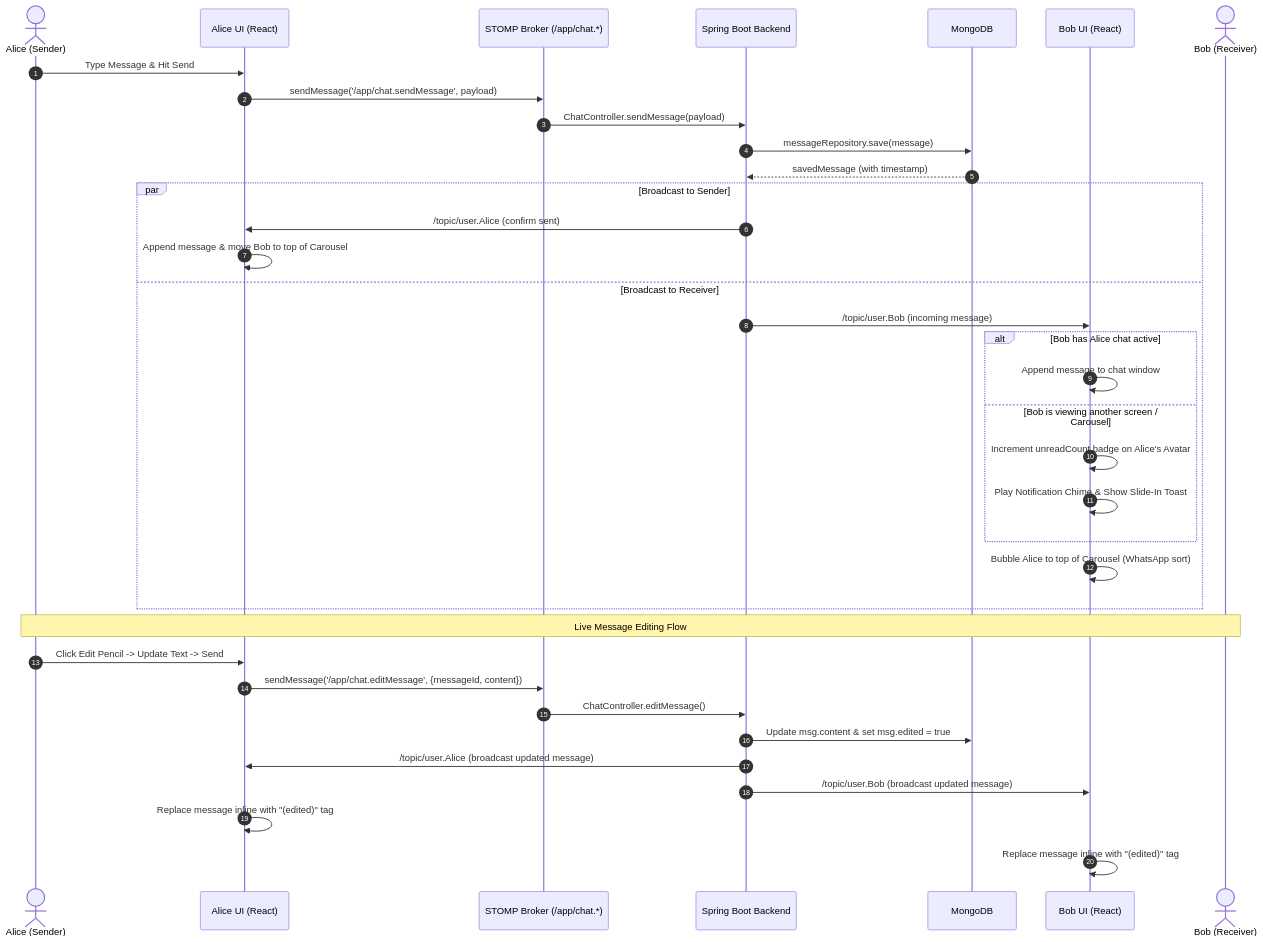
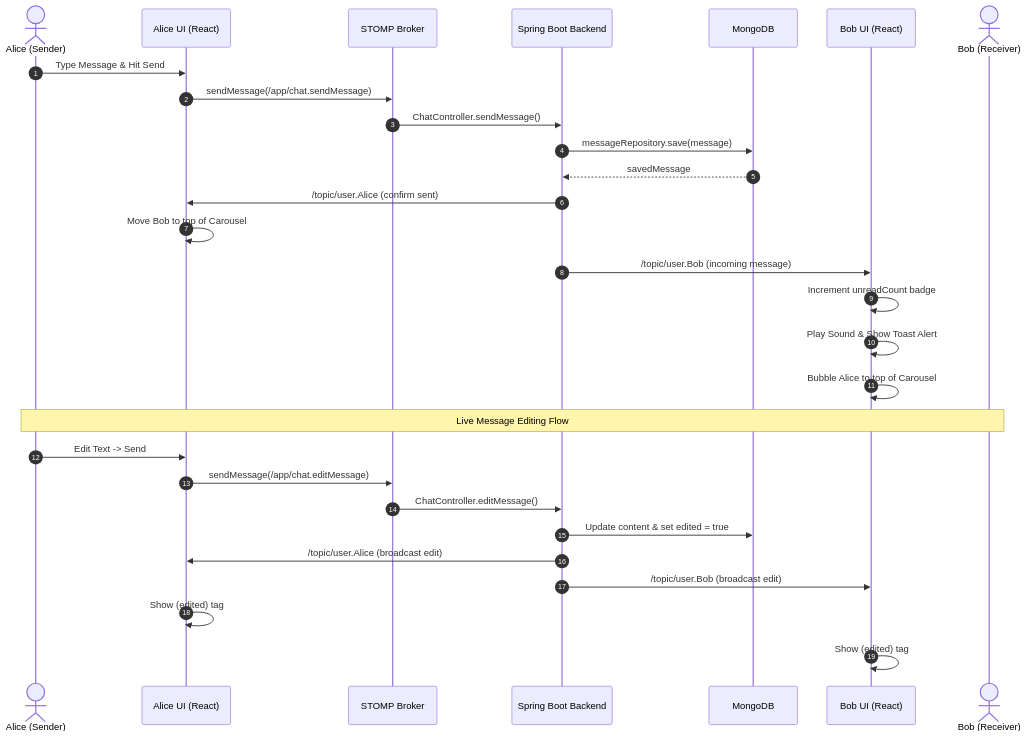
One commit to raviattrash-pro/nexus-chat changed the third of 3 diagrams in README.md. Above: the diagram before and after it, drawn with Mermaid. The commit also changed other lines of this file and 1 other file, not shown here.

Commit message:
docs: fix Mermaid HLD/LLD diagram syntax and image placeholder URLs for GitHub rendering

````diff
--- a/README.md
+++ b/README.md
@@ -158,41 +157,35 @@
 ```mermaid
 sequenceDiagram
     autonumber
     actor Alice as Alice (Sender)
     participant UI_A as Alice UI (React)
-    participant STOMP as STOMP Broker (/app/chat.*)
+    participant STOMP as STOMP Broker
     participant SB as Spring Boot Backend
     participant DB as MongoDB
     participant UI_B as Bob UI (React)
     actor Bob as Bob (Receiver)
 
     Alice->>UI_A: Type Message & Hit Send
-    UI_A->>STOMP: sendMessage('/app/chat.sendMessage', payload)
-    STOMP->>SB: ChatController.sendMessage(payload)
+    UI_A->>STOMP: sendMessage(/app/chat.sendMessage)
+    STOMP->>SB: ChatController.sendMessage()
     SB->>DB: messageRepository.save(message)
-    DB-->>SB: savedMessage (with timestamp)
+    DB-->>SB: savedMessage
+
+    SB->>UI_A: /topic/user.Alice (confirm sent)
+    UI_A->>UI_A: Move Bob to top of Carousel
     
-    par Broadcast to Sender
-        SB->>UI_A: /topic/user.Alice (confirm sent)
-        UI_A->>UI_A: Append message & move Bob to top of Carousel
-    and Broadcast to Receiver
-        SB->>UI_B: /topic/user.Bob (incoming message)
-        alt Bob has Alice chat active
-            UI_B->>UI_B: Append message to chat window
-        else Bob is viewing another screen / Carousel
-            UI_B->>UI_B: Increment unreadCount badge on Alice's Avatar
-            UI_B->>UI_B: Play Notification Chime & Show Slide-In Toast
-        end
-        UI_B->>UI_B: Bubble Alice to top of Carousel (WhatsApp sort)
-    end
+    SB->>UI_B: /topic/user.Bob (incoming message)
+    UI_B->>UI_B: Increment unreadCount badge
+    UI_B->>UI_B: Play Sound & Show Toast Alert
+    UI_B->>UI_B: Bubble Alice to top of Carousel
 
     Note over Alice,Bob: Live Message Editing Flow
-    Alice->>UI_A: Click Edit Pencil -> Update Text -> Send
-    UI_A->>STOMP: sendMessage('/app/chat.editMessage', {messageId, content})
+    Alice->>UI_A: Edit Text -> Send
+    UI_A->>STOMP: sendMessage(/app/chat.editMessage)
     STOMP->>SB: ChatController.editMessage()
-    SB->>DB: Update msg.content & set msg.edited = true
-    SB->>UI_A: /topic/user.Alice (broadcast updated message)
-    SB->>UI_B: /topic/user.Bob (broadcast updated message)
-    UI_A->>UI_A: Replace message inline with "(edited)" tag
-    UI_B->>UI_B: Replace message inline with "(edited)" tag
+    SB->>DB: Update content & set edited = true
+    SB->>UI_A: /topic/user.Alice (broadcast edit)
+    SB->>UI_B: /topic/user.Bob (broadcast edit)
+    UI_A->>UI_A: Show (edited) tag
+    UI_B->>UI_B: Show (edited) tag
 ```
````
